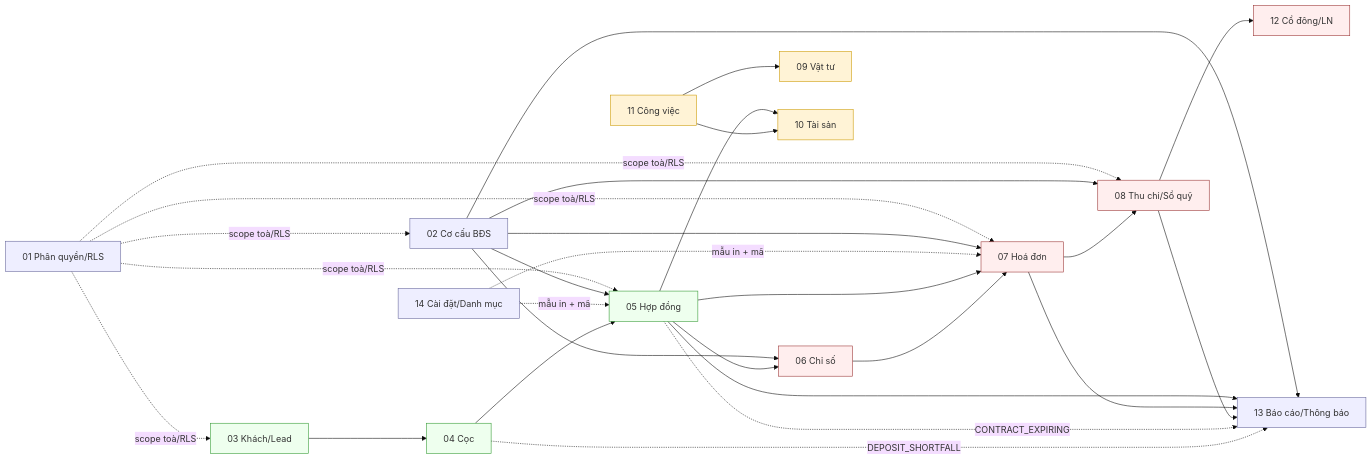
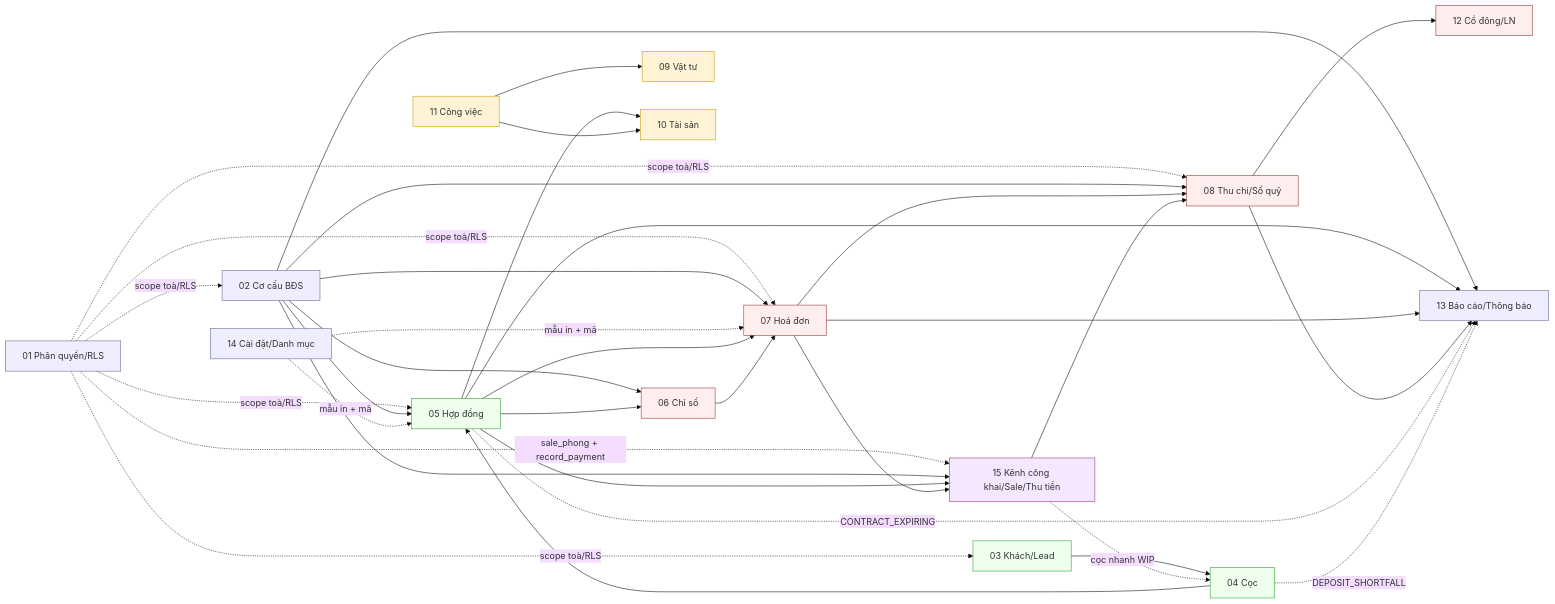
The diagram in docs/he-thong/README.md (zxGreenxz/whiteboard-ihomecrm), drawn with Mermaid (base theme) before and after one commit. The commit also changed other lines of this file and 17 other files, not shown here.

First line of the commit message:
docs(he-thong): audit toàn bộ 17 doc vs code + thêm domain 15 kênh công khai

````diff
--- a/docs/he-thong/README.md
+++ b/docs/he-thong/README.md
@@ -57,38 +58,44 @@
 ```mermaid
 flowchart LR
     classDef base fill:#eef,stroke:#669
     classDef cust fill:#efe,stroke:#393
     classDef money fill:#fee,stroke:#933
     classDef ops fill:#fff3d6,stroke:#c90
+    classDef pub fill:#f3e8ff,stroke:#937
 
     P01["01 Phân quyền/RLS"]:::base
     P02["02 Cơ cấu BĐS"]:::base
     P14["14 Cài đặt/Danh mục"]:::base
 
     P03["03 Khách/Lead"]:::cust
     P04["04 Cọc"]:::cust
     P05["05 Hợp đồng"]:::cust
 
     P06["06 Chỉ số"]:::money
     P07["07 Hoá đơn"]:::money
     P08["08 Thu chi/Sổ quỹ"]:::money
     P12["12 Cổ đông/LN"]:::money
 
     P09["09 Vật tư"]:::ops
     P10["10 Tài sản"]:::ops
     P11["11 Công việc"]:::ops
     P13["13 Báo cáo/Thông báo"]:::base
+    P15["15 Kênh công khai/Sale/Thu tiền"]:::pub
 
     P01 -.scope toà/RLS.-> P02 & P03 & P05 & P07 & P08
+    P01 -.sale_phong + record_payment.-> P15
     P02 --> P05 & P06 & P07 & P08
     P14 -.mẫu in + mã.-> P05 & P07
     P03 --> P04 --> P05
     P05 --> P06 & P07 & P10
     P06 --> P07
     P07 --> P08
     P08 --> P12
     P11 --> P09 & P10
+    P02 & P05 & P07 --> P15
+    P15 --> P08
+    P15 -.cọc nhanh WIP.-> P04
     P02 & P05 & P07 & P08 --> P13
     P05 -.CONTRACT_EXPIRING.-> P13
     P04 -.DEPOSIT_SHORTFALL.-> P13
 ```
````
